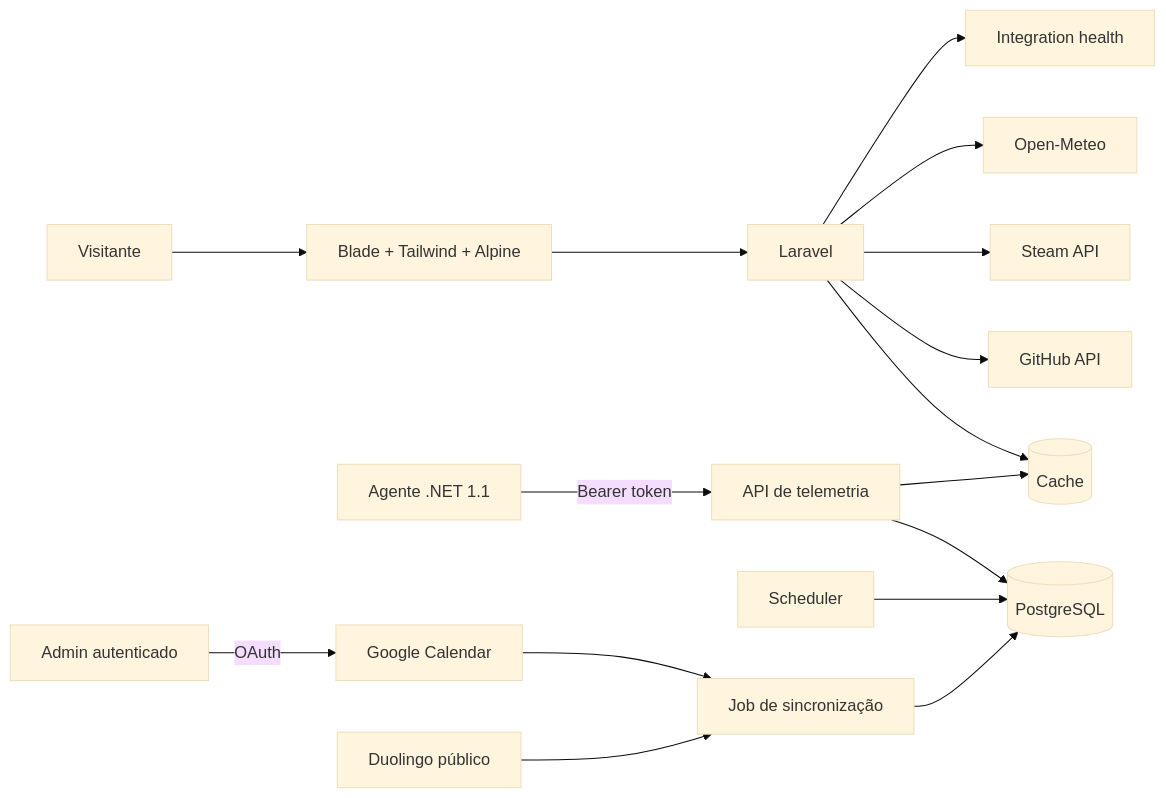
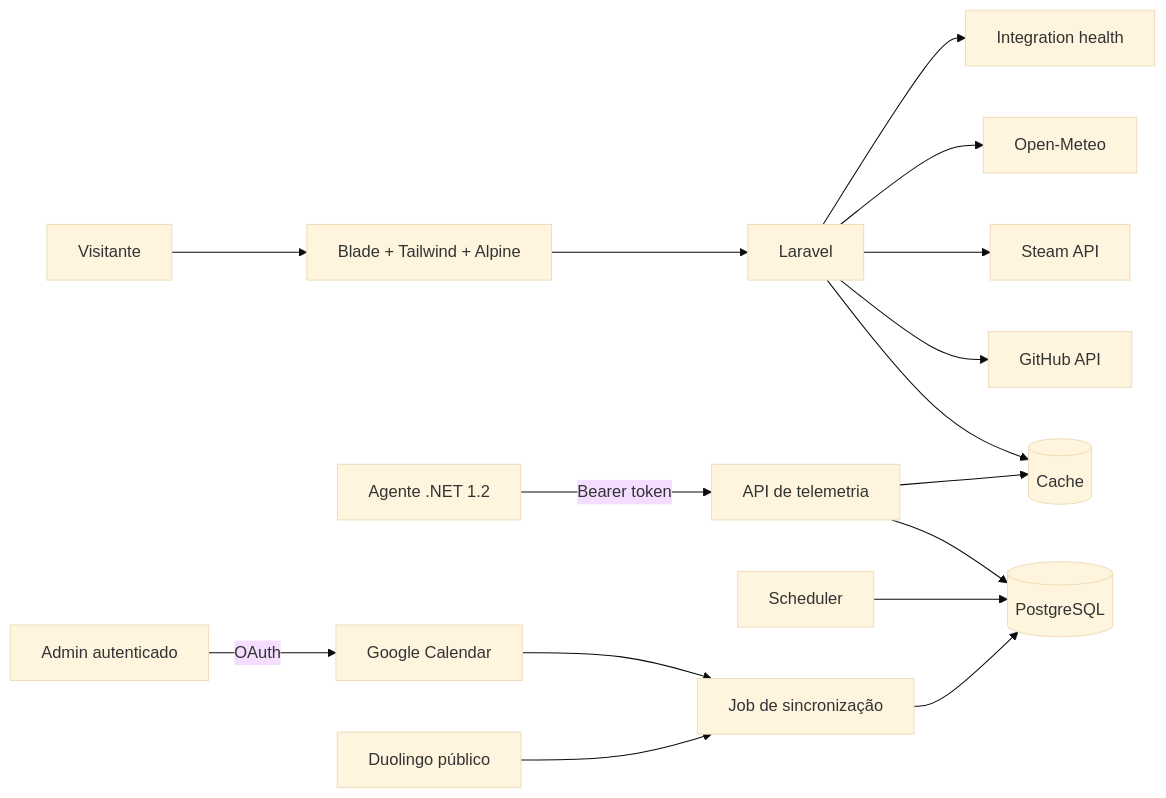
The diagram in myprofile-app/docs/architecture.md (brt9/My_Profile), drawn with Mermaid (base theme) before and after one commit. The commit also changed 61 other files, not shown here.

````diff
--- a/myprofile-app/docs/architecture.md
+++ b/myprofile-app/docs/architecture.md
@@ -9,18 +9,18 @@
 ```mermaid
 flowchart LR
     V[Visitante] --> B[Blade + Tailwind + Alpine]
     B --> L[Laravel]
-    A[Agente .NET 1.1] -->|Bearer token| T[API de telemetria]
+    A[Agente .NET 1.2] -->|Bearer token| T[API de telemetria]
     T --> P[(PostgreSQL)]
     T --> C[(Cache)]
     Q[Scheduler] --> P
     L --> C
     L --> G[GitHub API]
     L --> S[Steam API]
     L --> W[Open-Meteo]
     O[Admin autenticado] -->|OAuth| GC[Google Calendar]
     GC --> J[Job de sincronização]
     D[Duolingo público] --> J
     J --> P
     L --> H[Integration health]
 ```
````
